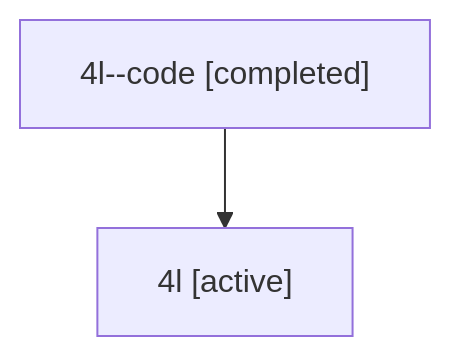
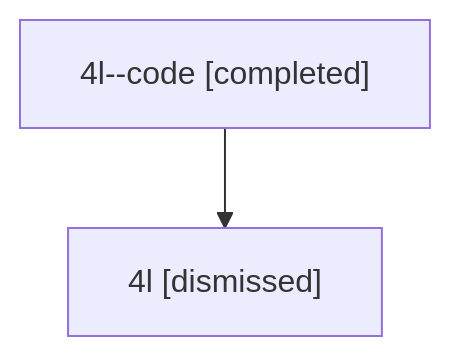
One commit to bobs-org/bob-cli--agents changed the diagram in sessions/bbugyi200.athena.4l.md. Above: the diagram before and after it, drawn with Mermaid. The commit also changed other lines of this file and 46 other files, not shown here.

````diff
--- a/sessions/bbugyi200.athena.4l.md
+++ b/sessions/bbugyi200.athena.4l.md
@@ -9,6 +9,6 @@
 ```mermaid
 flowchart TD
   n0["4l--code [completed]"]
-  n1["4l [active]"]
+  n1["4l [dismissed]"]
   n0 --> n1
 ```
````
